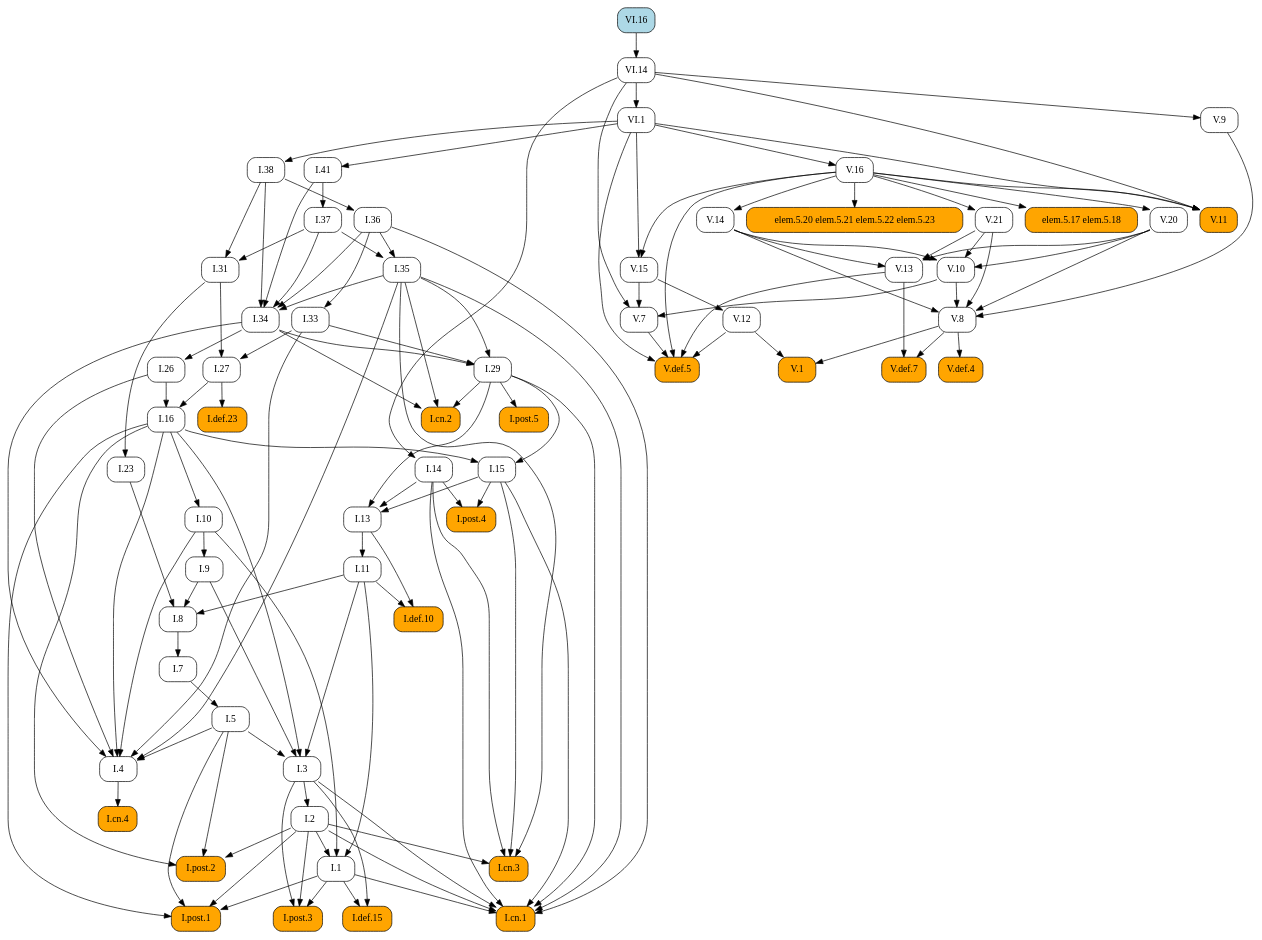
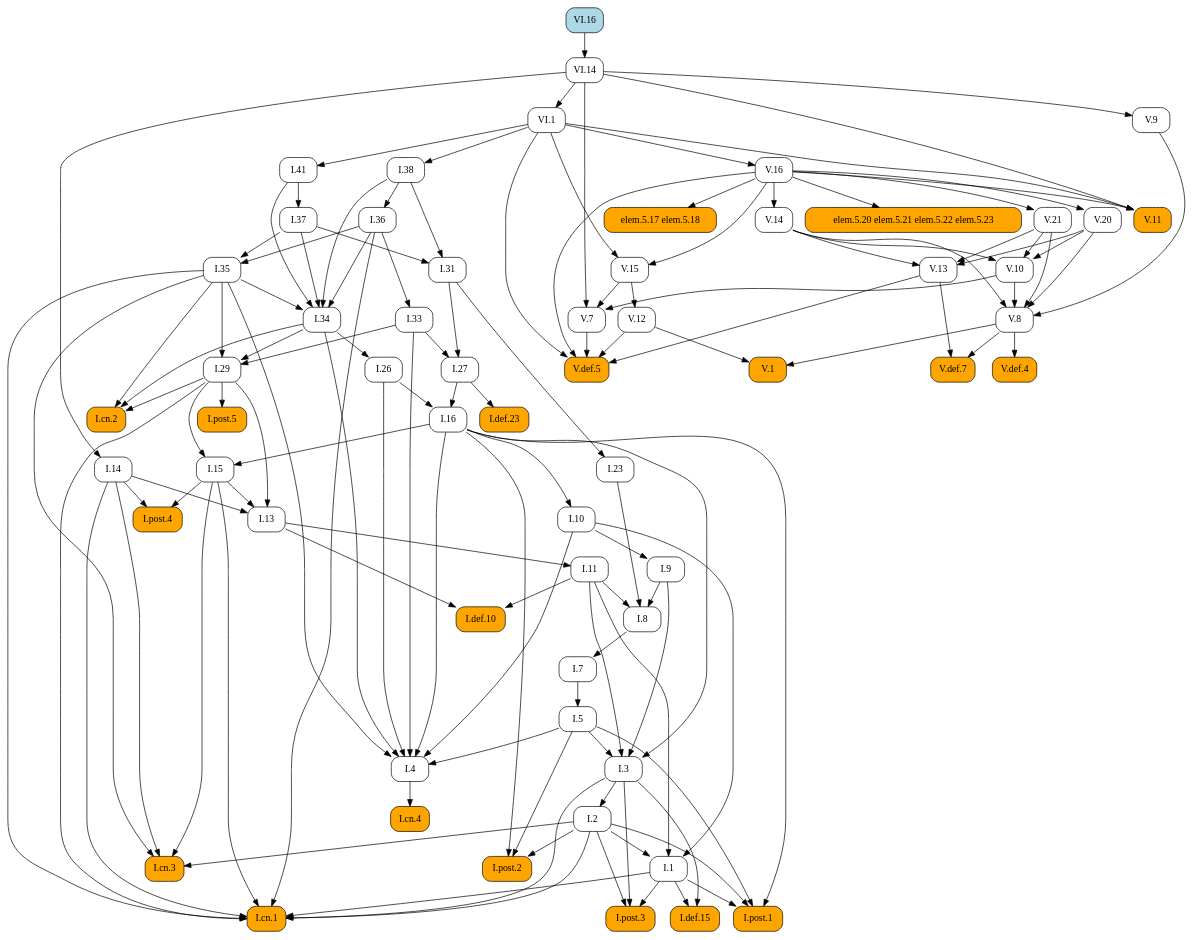
Before and after one commit to geometor/elements: the diagram in docsrc/elements2/VI/16/index.rst, drawn with Graphviz. The commit also changed other lines of this file and 171 other files, not shown here.

```diff
--- a/docsrc/elements2/VI/16/index.rst
+++ b/docsrc/elements2/VI/16/index.rst
@@ -60,163 +60,139 @@
    digraph {
      rankdir="TB";
      node [shape=box, style=rounded];
+     "V.20" [URL="/elements2/V/20/", target="_top"];
+     "I.8" [URL="/elements2/I/8/", target="_top"];
+     "I.36" [URL="/elements2/I/36/", target="_top"];
+     "VI.14" [URL="/elements2/VI/14/", target="_top"];
+     "V.def.5" [style="rounded,filled", fillcolor=orange, URL="/elements2/V/def.5/", target="_top"];
+     "V.def.4" [style="rounded,filled", fillcolor=orange, URL="/elements2/V/def.4/", target="_top"];
+     "I.14" [URL="/elements2/I/14/", target="_top"];
+     "I.post.1" [style="rounded,filled", fillcolor=orange, URL="/elements2/I/post.1/", target="_top"];
+     "I.33" [URL="/elements2/I/33/", target="_top"];
+     "I.5" [URL="/elements2/I/5/", target="_top"];
+     "I.38" [URL="/elements2/I/38/", target="_top"];
+     "elem.5.17 elem.5.18" [style="rounded,filled", fillcolor=orange];
+     "VI.1" [URL="/elements2/VI/1/", target="_top"];
+     "V.11" [style="rounded,filled", fillcolor=orange, URL="/elements2/V/11/", target="_top"];
+     "I.def.10" [style="rounded,filled", fillcolor=orange, URL="/elements2/I/def.10/", target="_top"];
+     "V.13" [URL="/elements2/V/13/", target="_top"];
+     "I.post.5" [style="rounded,filled", fillcolor=orange, URL="/elements2/I/post.5/", target="_top"];
+     "I.cn.2" [style="rounded,filled", fillcolor=orange, URL="/elements2/I/cn.2/", target="_top"];
+     "VI.16" [style="rounded,filled", fillcolor=lightblue, URL="/elements2/VI/16/", target="_top"];
+     "V.9" [URL="/elements2/V/9/", target="_top"];
+     "V.16" [URL="/elements2/V/16/", target="_top"];
+     "I.def.15" [style="rounded,filled", fillcolor=orange, URL="/elements2/I/def.15/", target="_top"];
+     "V.15" [URL="/elements2/V/15/", target="_top"];
+     "I.31" [URL="/elements2/I/31/", target="_top"];
+     "I.11" [URL="/elements2/I/11/", target="_top"];
+     "I.3" [URL="/elements2/I/3/", target="_top"];
+     "I.def.23" [style="rounded,filled", fillcolor=orange, URL="/elements2/I/def.23/", target="_top"];
+     "I.post.2" [style="rounded,filled", fillcolor=orange, URL="/elements2/I/post.2/", target="_top"];
+     "I.26" [URL="/elements2/I/26/", target="_top"];
+     "V.14" [URL="/elements2/V/14/", target="_top"];
+     "V.10" [URL="/elements2/V/10/", target="_top"];
+     "I.cn.3" [style="rounded,filled", fillcolor=orange, URL="/elements2/I/cn.3/", target="_top"];
+     "I.1" [URL="/elements2/I/1/", target="_top"];
+     "I.cn.4" [style="rounded,filled", fillcolor=orange, URL="/elements2/I/cn.4/", target="_top"];
+     "I.23" [URL="/elements2/I/23/", target="_top"];
+     "I.7" [URL="/elements2/I/7/", target="_top"];
+     "I.9" [URL="/elements2/I/9/", target="_top"];
+     "I.16" [URL="/elements2/I/16/", target="_top"];
+     "V.1" [style="rounded,filled", fillcolor=orange, URL="/elements2/V/1/", target="_top"];
+     "V.7" [URL="/elements2/V/7/", target="_top"];
+     "I.cn.1" [style="rounded,filled", fillcolor=orange, URL="/elements2/I/cn.1/", target="_top"];
+     "I.post.4" [style="rounded,filled", fillcolor=orange, URL="/elements2/I/post.4/", target="_top"];
+     "V.12" [URL="/elements2/V/12/", target="_top"];
+     "I.13" [URL="/elements2/I/13/", target="_top"];
+     "V.21" [URL="/elements2/V/21/", target="_top"];
+     "elem.5.20 elem.5.21 elem.5.22 elem.5.23" [style="rounded,filled", fillcolor=orange];
+     "I.41" [URL="/elements2/I/41/", target="_top"];
+     "I.29" [URL="/elements2/I/29/", target="_top"];
+     "I.35" [URL="/elements2/I/35/", target="_top"];
+     "I.2" [URL="/elements2/I/2/", target="_top"];
      "I.37" [URL="/elements2/I/37/", target="_top"];
-     "elem.5.17 elem.5.18" [style="rounded,filled", fillcolor=orange];
-     "V.7" [URL="/elements2/V/7/", target="_top"];
-     "I.def.10" [style="rounded,filled", fillcolor=orange, URL="/elements2/I/def.10/", target="_top"];
-     "VI.14" [URL="/elements2/VI/14/", target="_top"];
+     "I.27" [URL="/elements2/I/27/", target="_top"];
+     "I.4" [URL="/elements2/I/4/", target="_top"];
+     "V.8" [URL="/elements2/V/8/", target="_top"];
+     "I.10" [URL="/elements2/I/10/", target="_top"];
+     "I.15" [URL="/elements2/I/15/", target="_top"];
      "I.34" [URL="/elements2/I/34/", target="_top"];
-     "V.def.5" [style="rounded,filled", fillcolor=orange, URL="/elements2/V/def.5/", target="_top"];
-     "I.def.15" [style="rounded,filled", fillcolor=orange, URL="/elements2/I/def.15/", target="_top"];
+     "V.def.7" [style="rounded,filled", fillcolor=orange, URL="/elements2/V/def.7/", target="_top"];
      "I.post.3" [style="rounded,filled", fillcolor=orange, URL="/elements2/I/post.3/", target="_top"];
-     "I.cn.4" [style="rounded,filled", fillcolor=orange, URL="/elements2/I/cn.4/", target="_top"];
-     "V.def.7" [style="rounded,filled", fillcolor=orange, URL="/elements2/V/def.7/", target="_top"];
-     "I.41" [URL="/elements2/I/41/", target="_top"];
-     "VI.16" [style="rounded,filled", fillcolor=lightblue, URL="/elements2/VI/16/", target="_top"];
-     "I.36" [URL="/elements2/I/36/", target="_top"];
-     "I.27" [URL="/elements2/I/27/", target="_top"];
-     "V.10" [URL="/elements2/V/10/", target="_top"];
-     "I.post.2" [style="rounded,filled", fillcolor=orange, URL="/elements2/I/post.2/", target="_top"];
-     "I.13" [URL="/elements2/I/13/", target="_top"];
-     "I.10" [URL="/elements2/I/10/", target="_top"];
-     "I.post.1" [style="rounded,filled", fillcolor=orange, URL="/elements2/I/post.1/", target="_top"];
-     "I.7" [URL="/elements2/I/7/", target="_top"];
-     "V.15" [URL="/elements2/V/15/", target="_top"];
-     "V.14" [URL="/elements2/V/14/", target="_top"];
-     "I.14" [URL="/elements2/I/14/", target="_top"];
-     "I.11" [URL="/elements2/I/11/", target="_top"];
-     "I.4" [URL="/elements2/I/4/", target="_top"];
-     "V.13" [URL="/elements2/V/13/", target="_top"];
-     "V.16" [URL="/elements2/V/16/", target="_top"];
-     "V.1" [style="rounded,filled", fillcolor=orange, URL="/elements2/V/1/", target="_top"];
-     "I.16" [URL="/elements2/I/16/", target="_top"];
-     "V.21" [URL="/elements2/V/21/", target="_top"];
-     "I.def.23" [style="rounded,filled", fillcolor=orange, URL="/elements2/I/def.23/", target="_top"];
-     "elem.5.20 elem.5.21 elem.5.22 elem.5.23" [style="rounded,filled", fillcolor=orange];
-     "I.9" [URL="/elements2/I/9/", target="_top"];
-     "I.38" [URL="/elements2/I/38/", target="_top"];
-     "I.8" [URL="/elements2/I/8/", target="_top"];
-     "I.23" [URL="/elements2/I/23/", target="_top"];
-     "I.26" [URL="/elements2/I/26/", target="_top"];
-     "I.cn.2" [style="rounded,filled", fillcolor=orange, URL="/elements2/I/cn.2/", target="_top"];
-     "I.2" [URL="/elements2/I/2/", target="_top"];
-     "I.15" [URL="/elements2/I/15/", target="_top"];
-     "I.post.5" [style="rounded,filled", fillcolor=orange, URL="/elements2/I/post.5/", target="_top"];
-     "VI.1" [URL="/elements2/VI/1/", target="_top"];
-     "I.1" [URL="/elements2/I/1/", target="_top"];
-     "V.def.4" [style="rounded,filled", fillcolor=orange, URL="/elements2/V/def.4/", target="_top"];
-     "I.35" [URL="/elements2/I/35/", target="_top"];
-     "V.11" [style="rounded,filled", fillcolor=orange, URL="/elements2/V/11/", target="_top"];
-     "V.12" [URL="/elements2/V/12/", target="_top"];
-     "I.33" [URL="/elements2/I/33/", target="_top"];
-     "I.31" [URL="/elements2/I/31/", target="_top"];
-     "I.post.4" [style="rounded,filled", fillcolor=orange, URL="/elements2/I/post.4/", target="_top"];
-     "I.cn.1" [style="rounded,filled", fillcolor=orange, URL="/elements2/I/cn.1/", target="_top"];
-     "I.3" [URL="/elements2/I/3/", target="_top"];
-     "I.cn.3" [style="rounded,filled", fillcolor=orange, URL="/elements2/I/cn.3/", target="_top"];
-     "V.9" [URL="/elements2/V/9/", target="_top"];
-     "I.29" [URL="/elements2/I/29/", target="_top"];
-     "I.5" [URL="/elements2/I/5/", target="_top"];
-     "V.8" [URL="/elements2/V/8/", target="_top"];
-     "V.20" [URL="/elements2/V/20/", target="_top"];
-     "I.41" -> "I.37";
-     "V.16" -> "elem.5.17 elem.5.18";
-     "V.10" -> "V.7";
-     "V.15" -> "V.7";
-     "VI.14" -> "V.7";
-     "I.11" -> "I.def.10";
-     "I.13" -> "I.def.10";
+     "V.16" -> "V.20";
+     "I.9" -> "I.8";
+     "I.11" -> "I.8";
+     "I.23" -> "I.8";
+     "I.38" -> "I.36";
      "VI.16" -> "VI.14";
-     "I.35" -> "I.34";
-     "I.36" -> "I.34";
-     "I.37" -> "I.34";
-     "I.38" -> "I.34";
-     "I.41" -> "I.34";
      "V.7" -> "V.def.5";
      "V.12" -> "V.def.5";
      "V.13" -> "V.def.5";
      "V.16" -> "V.def.5";
      "VI.1" -> "V.def.5";
-     "I.1" -> "I.def.15";
-     "I.3" -> "I.def.15";
-     "I.1" -> "I.post.3";
-     "I.2" -> "I.post.3";
-     "I.3" -> "I.post.3";
-     "I.4" -> "I.cn.4";
-     "V.8" -> "V.def.7";
-     "V.13" -> "V.def.7";
-     "VI.1" -> "I.41";
-     "I.38" -> "I.36";
-     "I.31" -> "I.27";
-     "I.33" -> "I.27";
-     "V.14" -> "V.10";
-     "V.20" -> "V.10";
-     "V.21" -> "V.10";
-     "I.2" -> "I.post.2";
-     "I.5" -> "I.post.2";
-     "I.16" -> "I.post.2";
-     "I.14" -> "I.13";
-     "I.15" -> "I.13";
-     "I.29" -> "I.13";
-     "I.16" -> "I.10";
+     "V.8" -> "V.def.4";
+     "VI.14" -> "I.14";
      "I.1" -> "I.post.1";
      "I.2" -> "I.post.1";
      "I.5" -> "I.post.1";
      "I.16" -> "I.post.1";
-     "I.8" -> "I.7";
-     "V.16" -> "V.15";
-     "VI.1" -> "V.15";
-     "V.16" -> "V.14";
-     "VI.14" -> "I.14";
-     "I.13" -> "I.11";
-     "I.5" -> "I.4";
-     "I.10" -> "I.4";
-     "I.16" -> "I.4";
-     "I.26" -> "I.4";
-     "I.33" -> "I.4";
-     "I.34" -> "I.4";
-     "I.35" -> "I.4";
+     "I.36" -> "I.33";
+     "I.7" -> "I.5";
+     "VI.1" -> "I.38";
+     "V.16" -> "elem.5.17 elem.5.18";
+     "VI.14" -> "VI.1";
+     "V.16" -> "V.11";
+     "VI.1" -> "V.11";
+     "VI.14" -> "V.11";
+     "I.11" -> "I.def.10";
+     "I.13" -> "I.def.10";
      "V.14" -> "V.13";
      "V.20" -> "V.13";
      "V.21" -> "V.13";
-     "VI.1" -> "V.16";
-     "V.8" -> "V.1";
-     "V.12" -> "V.1";
-     "I.26" -> "I.16";
-     "I.27" -> "I.16";
-     "V.16" -> "V.21";
-     "I.27" -> "I.def.23";
-     "V.16" -> "elem.5.20 elem.5.21 elem.5.22 elem.5.23";
-     "I.10" -> "I.9";
-     "VI.1" -> "I.38";
-     "I.9" -> "I.8";
-     "I.11" -> "I.8";
-     "I.23" -> "I.8";
-     "I.31" -> "I.23";
-     "I.34" -> "I.26";
+     "I.29" -> "I.post.5";
      "I.29" -> "I.cn.2";
      "I.34" -> "I.cn.2";
      "I.35" -> "I.cn.2";
-     "I.3" -> "I.2";
-     "I.16" -> "I.15";
-     "I.29" -> "I.15";
-     "I.29" -> "I.post.5";
-     "VI.14" -> "VI.1";
+     "VI.14" -> "V.9";
+     "VI.1" -> "V.16";
+     "I.1" -> "I.def.15";
+     "I.3" -> "I.def.15";
+     "V.16" -> "V.15";
+     "VI.1" -> "V.15";
+     "I.37" -> "I.31";
+     "I.38" -> "I.31";
+     "I.13" -> "I.11";
+     "I.5" -> "I.3";
+     "I.9" -> "I.3";
+     "I.11" -> "I.3";
+     "I.16" -> "I.3";
+     "I.27" -> "I.def.23";
+     "I.2" -> "I.post.2";
+     "I.5" -> "I.post.2";
+     "I.16" -> "I.post.2";
+     "I.34" -> "I.26";
+     "V.16" -> "V.14";
+     "V.14" -> "V.10";
+     "V.20" -> "V.10";
+     "V.21" -> "V.10";
+     "I.2" -> "I.cn.3";
+     "I.14" -> "I.cn.3";
+     "I.15" -> "I.cn.3";
+     "I.35" -> "I.cn.3";
      "I.2" -> "I.1";
      "I.10" -> "I.1";
      "I.11" -> "I.1";
-     "V.8" -> "V.def.4";
-     "I.36" -> "I.35";
-     "I.37" -> "I.35";
-     "V.16" -> "V.11";
-     "VI.1" -> "V.11";
-     "VI.14" -> "V.11";
-     "V.15" -> "V.12";
-     "I.36" -> "I.33";
-     "I.37" -> "I.31";
-     "I.38" -> "I.31";
-     "I.14" -> "I.post.4";
-     "I.15" -> "I.post.4";
+     "I.4" -> "I.cn.4";
+     "I.31" -> "I.23";
+     "I.8" -> "I.7";
+     "I.10" -> "I.9";
+     "I.26" -> "I.16";
+     "I.27" -> "I.16";
+     "V.8" -> "V.1";
+     "V.12" -> "V.1";
+     "V.10" -> "V.7";
+     "V.15" -> "V.7";
+     "VI.14" -> "V.7";
      "I.1" -> "I.cn.1";
      "I.2" -> "I.cn.1";
      "I.3" -> "I.cn.1";
@@ -225,23 +201,47 @@
      "I.29" -> "I.cn.1";
      "I.35" -> "I.cn.1";
      "I.36" -> "I.cn.1";
-     "I.5" -> "I.3";
-     "I.9" -> "I.3";
-     "I.11" -> "I.3";
-     "I.16" -> "I.3";
-     "I.2" -> "I.cn.3";
-     "I.14" -> "I.cn.3";
-     "I.15" -> "I.cn.3";
-     "I.35" -> "I.cn.3";
-     "VI.14" -> "V.9";
+     "I.14" -> "I.post.4";
+     "I.15" -> "I.post.4";
+     "V.15" -> "V.12";
+     "I.14" -> "I.13";
+     "I.15" -> "I.13";
+     "I.29" -> "I.13";
+     "V.16" -> "V.21";
+     "V.16" -> "elem.5.20 elem.5.21 elem.5.22 elem.5.23";
+     "VI.1" -> "I.41";
      "I.33" -> "I.29";
      "I.34" -> "I.29";
      "I.35" -> "I.29";
-     "I.7" -> "I.5";
+     "I.36" -> "I.35";
+     "I.37" -> "I.35";
+     "I.3" -> "I.2";
+     "I.41" -> "I.37";
+     "I.31" -> "I.27";
+     "I.33" -> "I.27";
+     "I.5" -> "I.4";
+     "I.10" -> "I.4";
+     "I.16" -> "I.4";
+     "I.26" -> "I.4";
+     "I.33" -> "I.4";
+     "I.34" -> "I.4";
+     "I.35" -> "I.4";
      "V.9" -> "V.8";
      "V.10" -> "V.8";
      "V.14" -> "V.8";
      "V.20" -> "V.8";
      "V.21" -> "V.8";
-     "V.16" -> "V.20";
+     "I.16" -> "I.10";
+     "I.16" -> "I.15";
+     "I.29" -> "I.15";
+     "I.35" -> "I.34";
+     "I.36" -> "I.34";
+     "I.37" -> "I.34";
+     "I.38" -> "I.34";
+     "I.41" -> "I.34";
+     "V.8" -> "V.def.7";
+     "V.13" -> "V.def.7";
+     "I.1" -> "I.post.3";
+     "I.2" -> "I.post.3";
+     "I.3" -> "I.post.3";
    }
```
